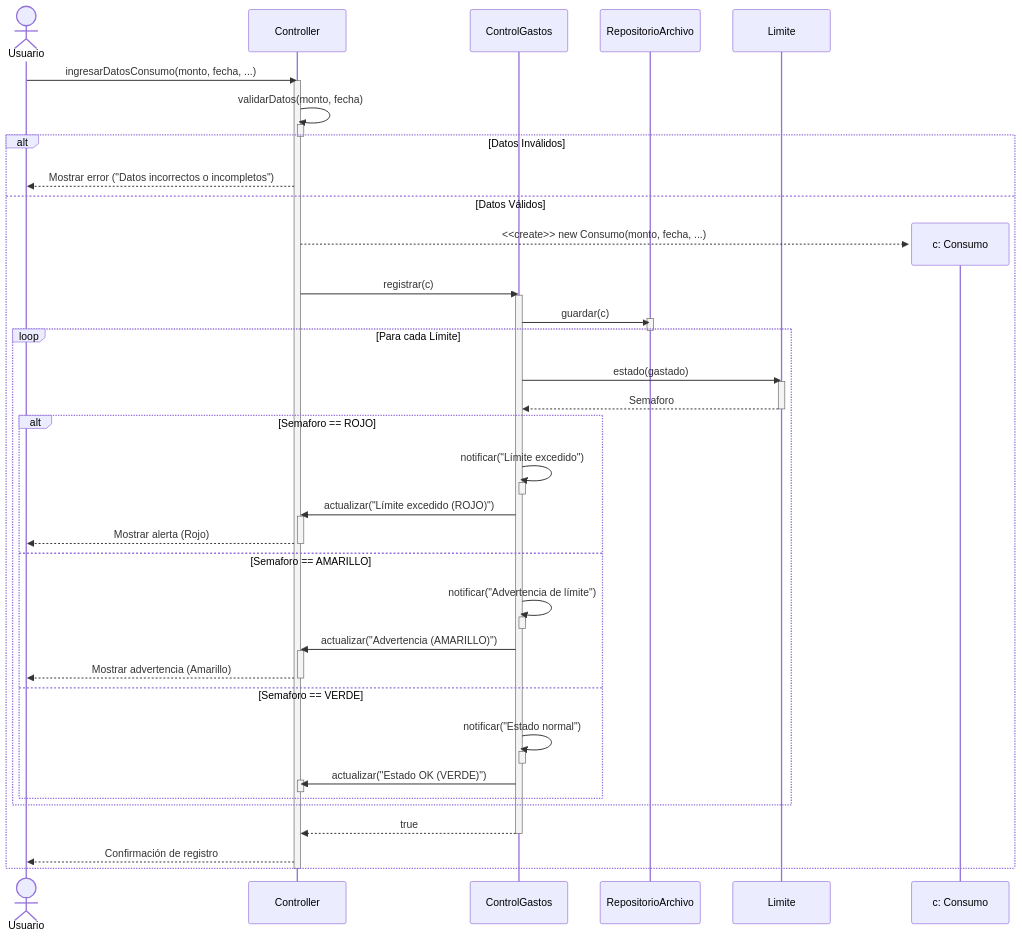
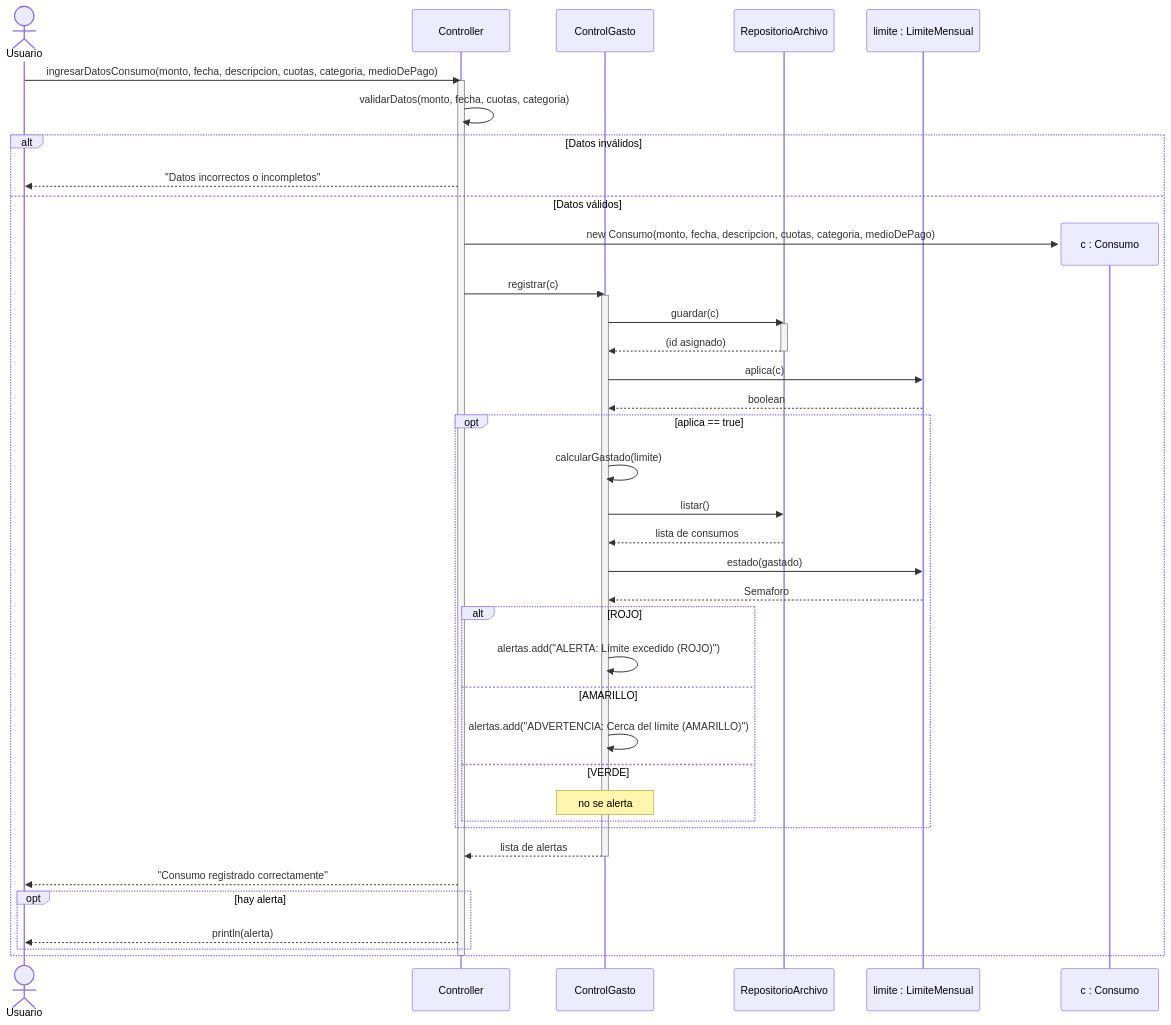
The diagram in diagrama-de-secuencia1.md (morenastolerman/Gestor-de-gastos), drawn with Mermaid before and after one commit. The commit also changed other lines of this file, not shown here.

````diff
--- a/diagrama-de-secuencia1.md
+++ b/diagrama-de-secuencia1.md
@@ -1,66 +1,58 @@
 ```mermaid
 sequenceDiagram
     actor Usuario
     participant Controller
-    participant ControlGastos
-    participant RepositorioArchivo
-    participant Limite
+    participant ControlGasto
+    participant R as RepositorioArchivo
+    participant L as limite : LimiteMensual
 
-    Usuario->>Controller: ingresarDatosConsumo(monto, fecha, ...)
+    Usuario->>Controller: ingresarDatosConsumo(monto, fecha, descripcion, cuotas, categoria, medioDePago)
     activate Controller
 
-    Controller->>Controller: validarDatos(monto, fecha)
-    activate Controller
-    deactivate Controller
+    Controller->>Controller: validarDatos(monto, fecha, cuotas, categoria)
 
-    alt Datos Inválidos
-        Controller-->>Usuario: Mostrar error ("Datos incorrectos o incompletos")
-    else Datos Válidos
-        create participant C as c: Consumo
-        Controller-->>C: <<create>> new Consumo(monto, fecha, ...)
+    alt Datos inválidos
+        Controller-->>Usuario: "Datos incorrectos o incompletos"
+    else Datos válidos
+        create participant C as c : Consumo
+        Controller->>C: new Consumo(monto, fecha, descripcion, cuotas, categoria, medioDePago)
 
-        Controller->>ControlGastos: registrar(c)
-        activate ControlGastos
+        Controller->>ControlGasto: registrar(c)
+        activate ControlGasto
 
-        ControlGastos->>RepositorioArchivo: guardar(c)
-        activate RepositorioArchivo
-        deactivate RepositorioArchivo
+        ControlGasto->>R: guardar(c)
+        activate R
+        R-->>ControlGasto: (id asignado)
+        deactivate R
 
-        loop Para cada Límite
-            ControlGastos->>Limite: estado(gastado)
-            activate Limite
-            Limite-->>ControlGastos: Semaforo
-            deactivate Limite
+        ControlGasto->>L: aplica(c)
+        L-->>ControlGasto: boolean
 
-            alt Semaforo == ROJO
-                ControlGastos->>ControlGastos: notificar("Límite excedido")
-                activate ControlGastos
-                deactivate ControlGastos
-                ControlGastos->>Controller: actualizar("Límite excedido (ROJO)")
-                activate Controller
-                Controller-->>Usuario: Mostrar alerta (Rojo)
-                deactivate Controller
-            else Semaforo == AMARILLO
-                ControlGastos->>ControlGastos: notificar("Advertencia de límite")
-                activate ControlGastos
-                deactivate ControlGastos
-                ControlGastos->>Controller: actualizar("Advertencia (AMARILLO)")
-                activate Controller
-                Controller-->>Usuario: Mostrar advertencia (Amarillo)
-                deactivate Controller
-            else Semaforo == VERDE
-                ControlGastos->>ControlGastos: notificar("Estado normal")
-                activate ControlGastos
-                deactivate ControlGastos
-                ControlGastos->>Controller: actualizar("Estado OK (VERDE)")
-                activate Controller
-                deactivate Controller
+        opt aplica == true
+            ControlGasto->>ControlGasto: calcularGastado(limite)
+            ControlGasto->>R: listar()
+            R-->>ControlGasto: lista de consumos
+
+            ControlGasto->>L: estado(gastado)
+            L-->>ControlGasto: Semaforo
+
+            alt ROJO
+                ControlGasto->>ControlGasto: alertas.add("ALERTA: Límite excedido (ROJO)")
+            else AMARILLO
+                ControlGasto->>ControlGasto: alertas.add("ADVERTENCIA: Cerca del límite (AMARILLO)")
+            else VERDE
+                Note over ControlGasto: no se alerta
             end
         end
-        ControlGastos-->>Controller: true
-        deactivate ControlGastos
-        Controller-->>Usuario: Confirmación de registro
+
+        ControlGasto-->>Controller: lista de alertas
+        deactivate ControlGasto
+
+        Controller-->>Usuario: "Consumo registrado correctamente"
+        opt hay alerta
+            Controller-->>Usuario: println(alerta)
+        end
     end
     deactivate Controller
 
 ```
````
